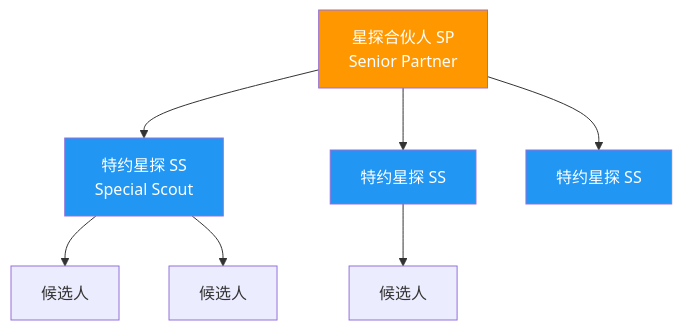
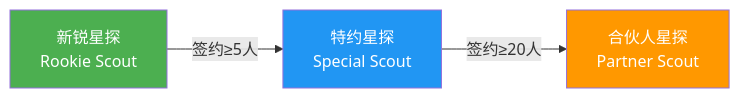
The fifth of 20 diagrams in docs/guides/business/workflows/business-processes-overview.md (chzhh393/aomi-star), drawn with Mermaid before and after one commit. The commit also changed other lines of this file and 47 other files, not shown here.

````diff
--- a/docs/guides/business/workflows/business-processes-overview.md
+++ b/docs/guides/business/workflows/business-processes-overview.md
@@ -386,14 +387,9 @@
 ```mermaid
-graph TB
-    SP[星探合伙人 SP<br/>Senior Partner] --> SS1[特约星探 SS<br/>Special Scout]
-    SP --> SS2[特约星探 SS]
-    SP --> SS3[特约星探 SS]
-    SS1 --> C1[候选人]
-    SS1 --> C2[候选人]
-    SS2 --> C3[候选人]
-    
-    style SP fill:#ff9800,color:#fff
-    style SS1 fill:#2196f3,color:#fff
-    style SS2 fill:#2196f3,color:#fff
-    style SS3 fill:#2196f3,color:#fff
+graph LR
+    A[新锐星探<br/>Rookie Scout] -->|签约≥5人| B[特约星探<br/>Special Scout]
+    B -->|签约≥20人| C[合伙人星探<br/>Partner Scout]
+
+    style A fill:#4CAF50,color:#fff
+    style B fill:#2196f3,color:#fff
+    style C fill:#ff9800,color:#fff
 ```
````
